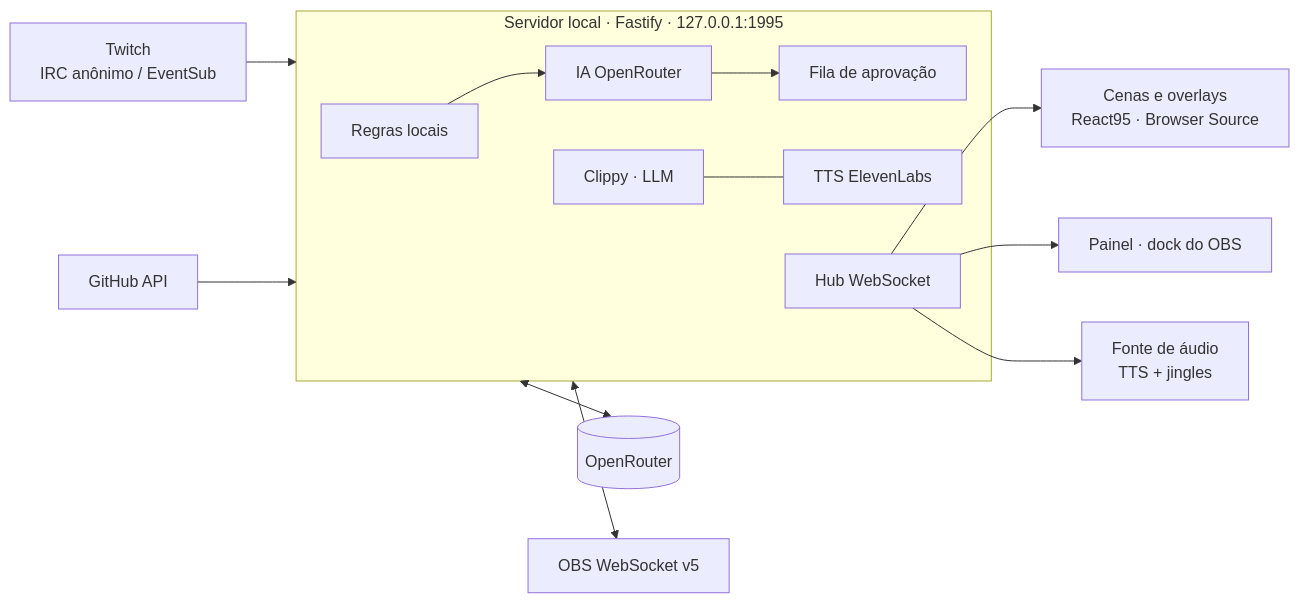
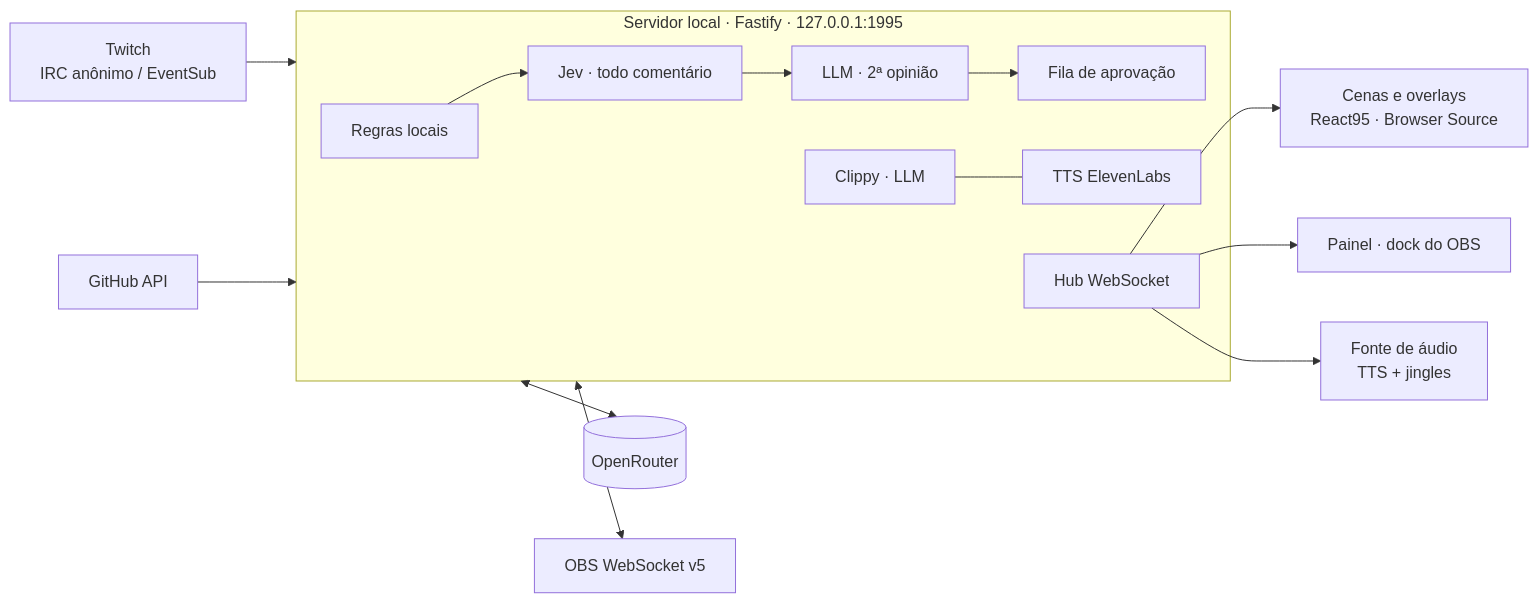
One commit to frederico-kluser/stream95 changed the diagram in README.md. Above: the diagram before and after it, drawn with Mermaid. The commit also changed other lines of this file and 18 other files, not shown here.

First line of the commit message:
feat: modera todo comentário em tempo real com o jev da typesafe (#8)

````diff
--- a/README.md
+++ b/README.md
@@ -165,15 +172,15 @@
 ```mermaid
 flowchart LR
   twitch[Twitch<br/>IRC anônimo / EventSub] --> server
   github[GitHub API] --> server
   subgraph server [Servidor local · Fastify · 127.0.0.1:1995]
-    rules[Regras locais] --> llm[IA OpenRouter] --> queue[Fila de aprovação]
+    rules[Regras locais] --> jev[Jev · todo comentário] --> llm[LLM · 2ª opinião] --> queue[Fila de aprovação]
     clippy[Clippy · LLM] --- tts[TTS ElevenLabs]
     hub[Hub WebSocket]
   end
   server <--> openrouter[(OpenRouter)]
   server <--> obsws[OBS WebSocket v5]
   hub --> scenes[Cenas e overlays<br/>React95 · Browser Source]
   hub --> dock[Painel · dock do OBS]
   hub --> audio[Fonte de áudio<br/>TTS + jingles]
 ```
````
